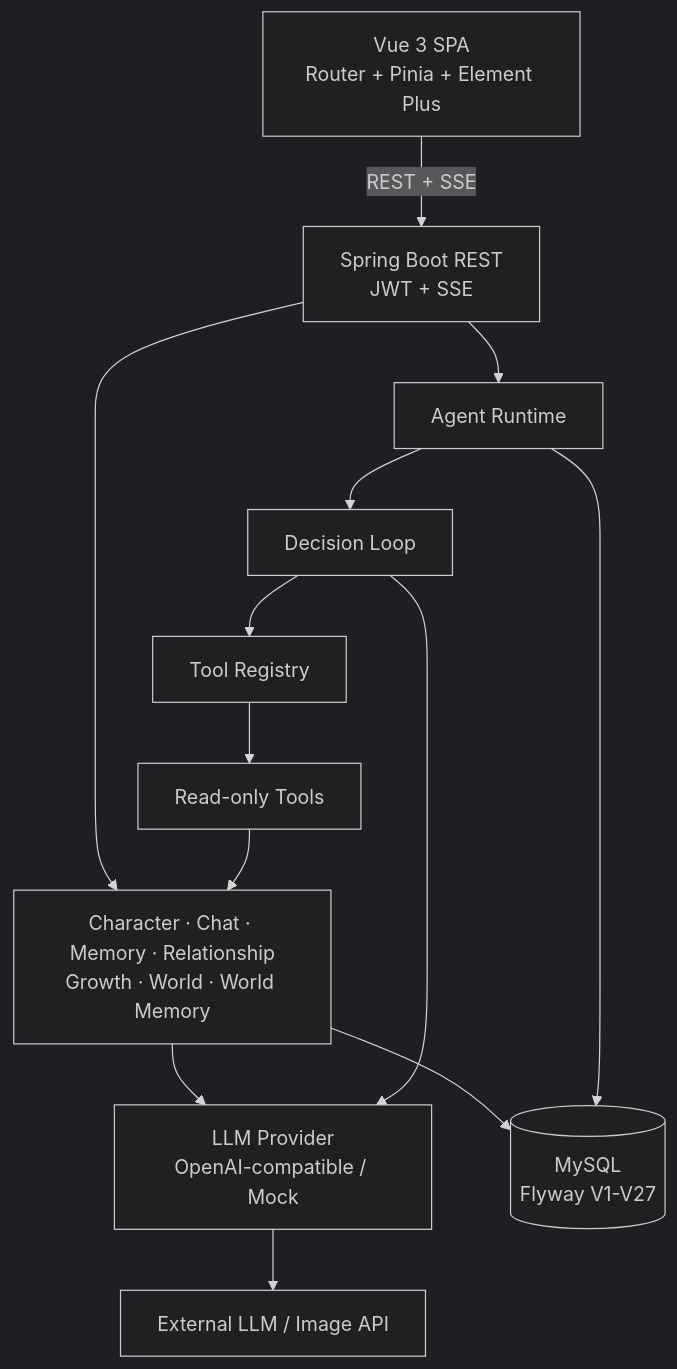
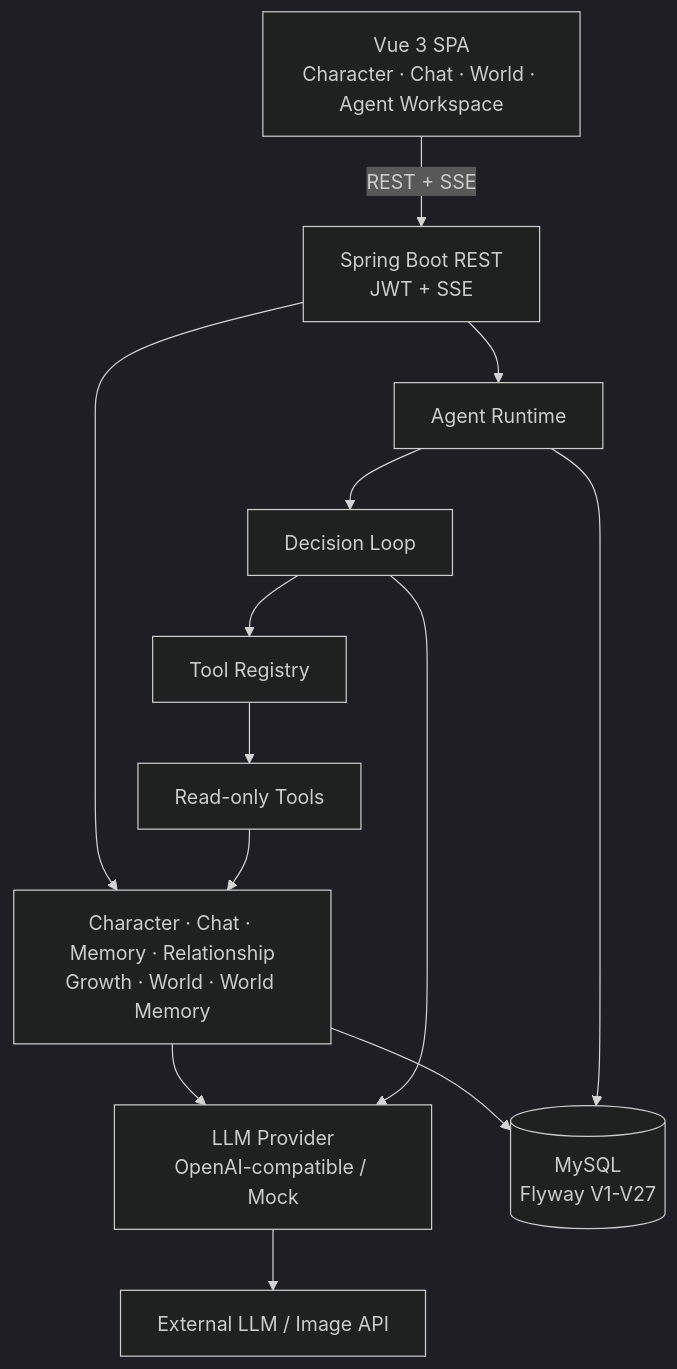
One commit to xingnan-dev/ai-character-world changed the second of 3 diagrams in README.md. Above: the diagram before and after it, drawn with Mermaid (dark theme). The commit also changed other lines of this file and 1 other file, not shown here.

Commit message:
docs: document agent workspace

````diff
--- a/README.md
+++ b/README.md
@@ -100,22 +111,22 @@
 ```mermaid
 flowchart TB
-    UI[Vue 3 SPA<br/>Router + Pinia + Element Plus]
+    UI[Vue 3 SPA<br/>Character · Chat · World · Agent Workspace]
     API[Spring Boot REST<br/>JWT + SSE]
     Domain[Character · Chat · Memory · Relationship<br/>Growth · World · World Memory]
     Agent[Agent Runtime]
     Loop[Decision Loop]
     Registry[Tool Registry]
     Tools[Read-only Tools]
     LLM[LLM Provider<br/>OpenAI-compatible / Mock]
     DB[(MySQL<br/>Flyway V1-V27)]
     External[External LLM / Image API]
     UI -->|REST + SSE| API
     API --> Domain
     API --> Agent
     Agent --> Loop --> Registry --> Tools
     Tools --> Domain
     Domain --> DB
     Agent --> DB
     Domain --> LLM --> External
     Loop --> LLM
 ```
````
